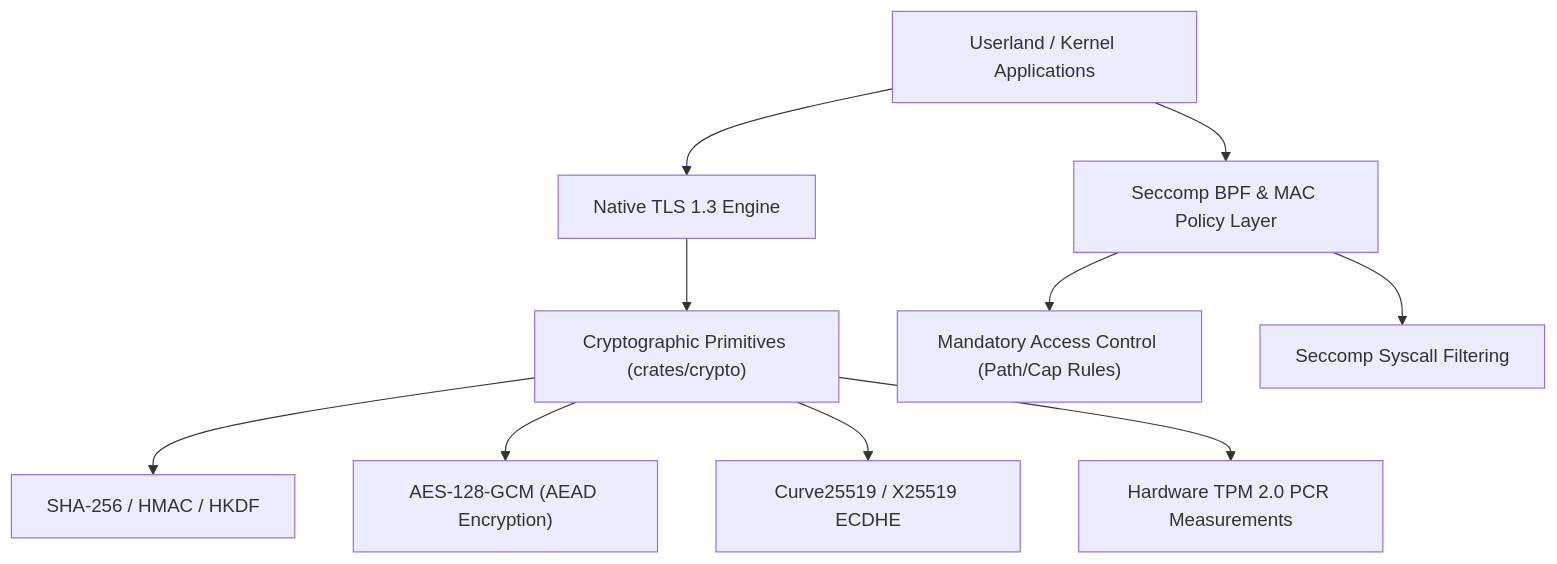
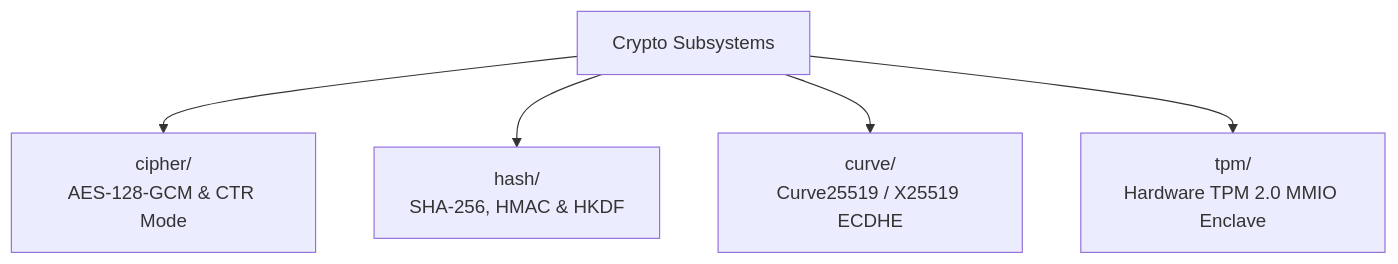
One commit to mrvlous/keira changed the diagram in docs/crypto/README.md. Above: the diagram before and after it, drawn with Mermaid. The commit also changed other lines of this file and 16 other files, not shown here.

Commit message:
docs(crypto): modularize symmetric cipher, hashing, elliptic curve and tpm documentation

````diff
--- a/docs/crypto/README.md
+++ b/docs/crypto/README.md
@@ -11,12 +11,7 @@
 ```mermaid
 graph TD
-    App["Userland / Kernel Applications"] --> TLS["Native TLS 1.3 Engine"]
-    App --> Sandbox["Seccomp BPF & MAC Policy Layer"]
-    TLS --> Ciphers["Cryptographic Primitives (crates/crypto)"]
-    Ciphers --> SHA256["SHA-256 / HMAC / HKDF"]
-    Ciphers --> AESGCM["AES-128-GCM (AEAD Encryption)"]
-    Ciphers --> Curve["Curve25519 / X25519 ECDHE"]
-    Sandbox --> MAC["Mandatory Access Control (Path/Cap Rules)"]
-    Sandbox --> Seccomp["Seccomp Syscall Filtering"]
-    Ciphers --> TPM["Hardware TPM 2.0 PCR Measurements"]
+    Crypto["Crypto Subsystems"] --> Cipher["cipher/<br/>AES-128-GCM & CTR Mode"]
+    Crypto --> Hash["hash/<br/>SHA-256, HMAC & HKDF"]
+    Crypto --> Curve["curve/<br/>Curve25519 / X25519 ECDHE"]
+    Crypto --> TPM["tpm/<br/>Hardware TPM 2.0 MMIO Enclave"]
 ```
````
